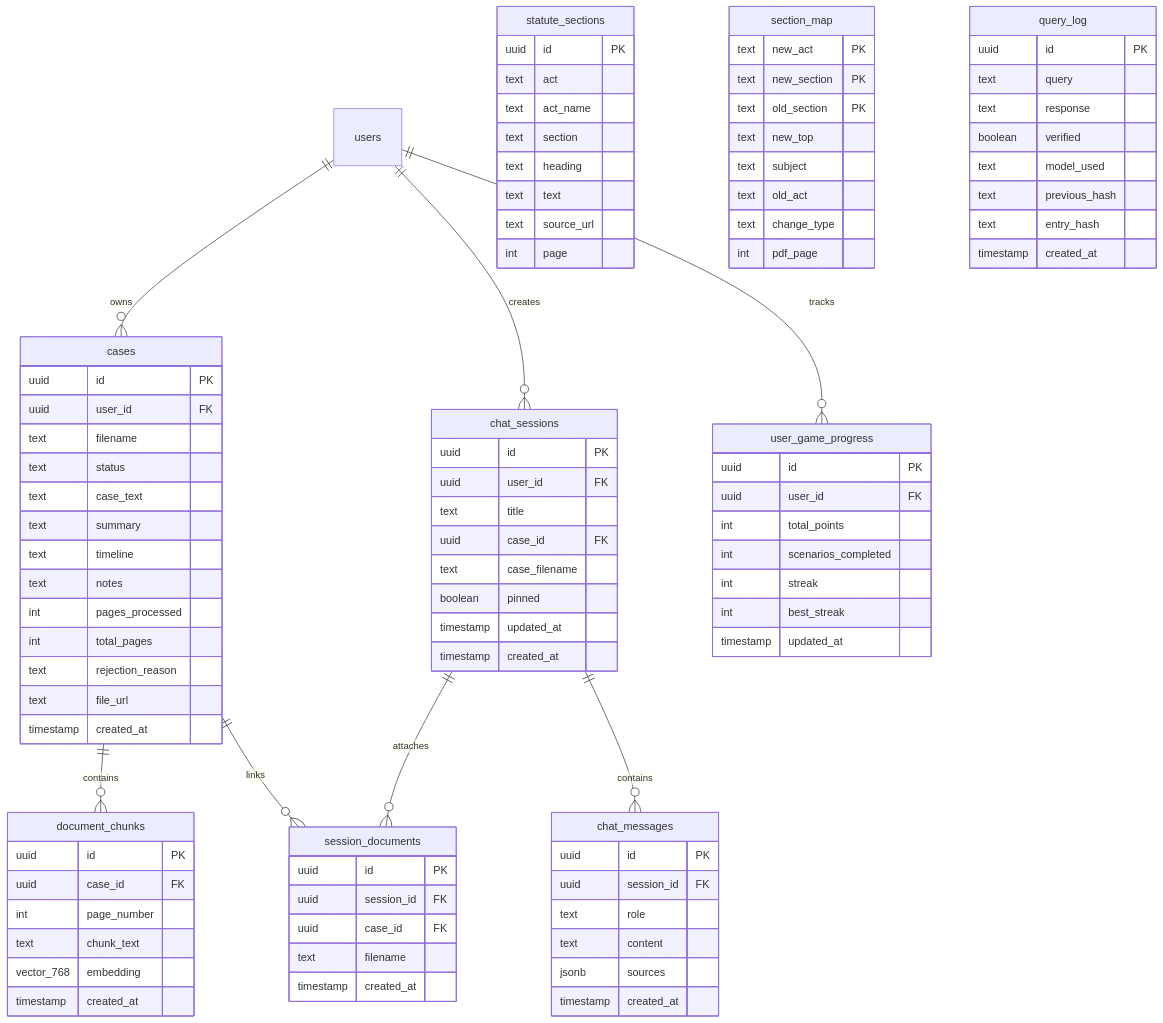
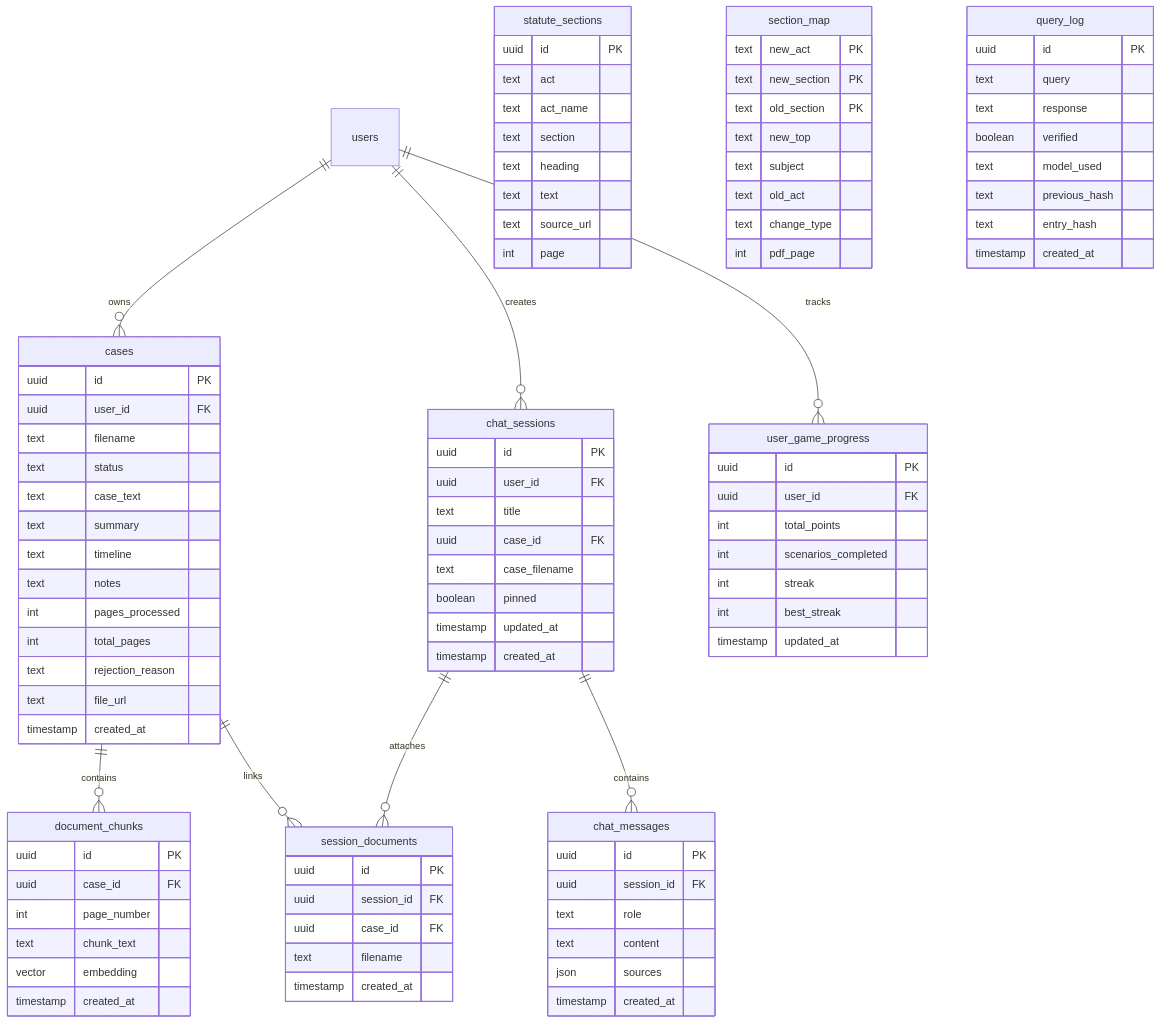
The seventh of 10 diagrams in README.md (tanisha-64/NyayaPramaan), drawn with Mermaid before and after one commit. The commit also changed other lines of this file, not shown here.

Commit message:
docs: audit and fix all mermaid diagrams, security placeholders, and technical claims

```diff
--- a/README.md
+++ b/README.md
@@ -629,7 +653,7 @@
         uuid case_id FK
         int page_number
         text chunk_text
-        vector_768 embedding
+        vector embedding
         timestamp created_at
     }
 
@@ -649,7 +673,7 @@
         uuid session_id FK
         text role
         text content
-        jsonb sources
+        json sources
         timestamp created_at
     }
 
```
